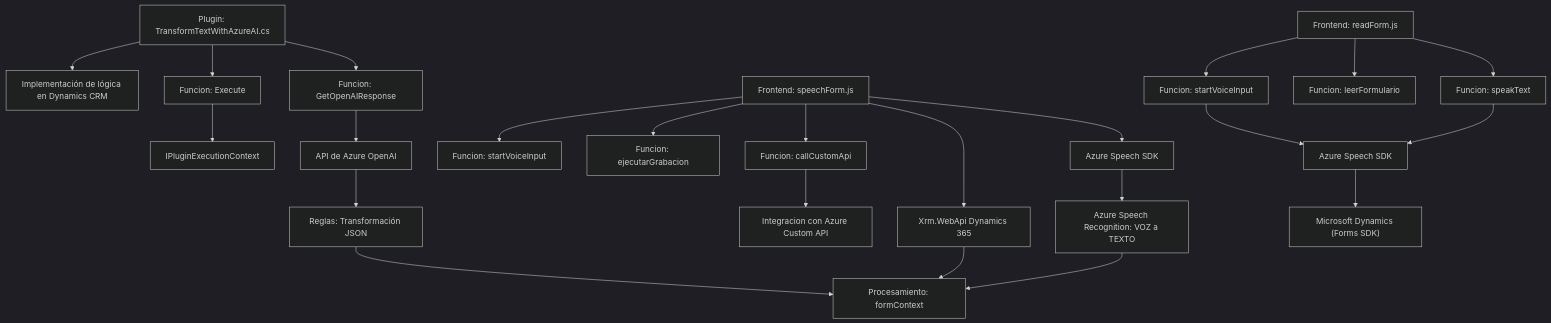
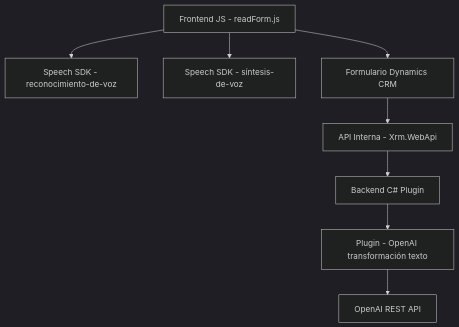
Before and after one commit to blopezdm/NETCORE_BILBAO2025: the diagram in README.md, drawn with Mermaid (dark theme). The commit also changed other lines of this file, not shown here.

Commit message:
Actualizar análisis global de la solución con IA

````diff
--- a/README.md
+++ b/README.md
@@ -36,28 +46,10 @@
 ```mermaid
 graph TD
-    A["Frontend: readForm.js"] --> B["Funcion: startVoiceInput"]
-    A --> C["Funcion: leerFormulario"]
-    A --> D["Funcion: speakText"]
-    B --> E["Azure Speech SDK"]
-    D --> E
-    
-    F["Frontend: speechForm.js"] --> G["Funcion: startVoiceInput"]
-    F --> H["Funcion: ejecutarGrabacion"]
-    F --> I["Funcion: callCustomApi"]
-    F --> J["Xrm.WebApi Dynamics 365"]
-    F --> K["Azure Speech SDK"]
-    I --> L["Integracion con Azure Custom API"]
-    
-    M["Plugin: TransformTextWithAzureAI.cs"] --> N["Implementación de lógica en Dynamics CRM"]
-    M --> O["Funcion: Execute"]
-    M --> P["Funcion: GetOpenAIResponse"]
-    O --> Q["IPluginExecutionContext"]
-    P --> R["API de Azure OpenAI"]
-    R --> S["Reglas: Transformación JSON"]
-    
-    K --> T["Azure Speech Recognition: VOZ a TEXTO"]
-    E --> U["Microsoft Dynamics (Forms SDK)"]
-    T --> V["Procesamiento: formContext"]
-    J --> V
-    S --> V
+    A["Frontend JS - readForm.js"] --> B["Speech SDK - reconocimiento-de-voz"]
+    A --> C["Speech SDK - síntesis-de-voz"]
+    A --> D["Formulario Dynamics CRM"]
+    D --> E["API Interna - Xrm.WebApi"]
+    E --> F["Backend C# Plugin"]
+    F --> G["Plugin - OpenAI transformación texto"]
+    G --> H["OpenAI REST API"]
 ```
````
